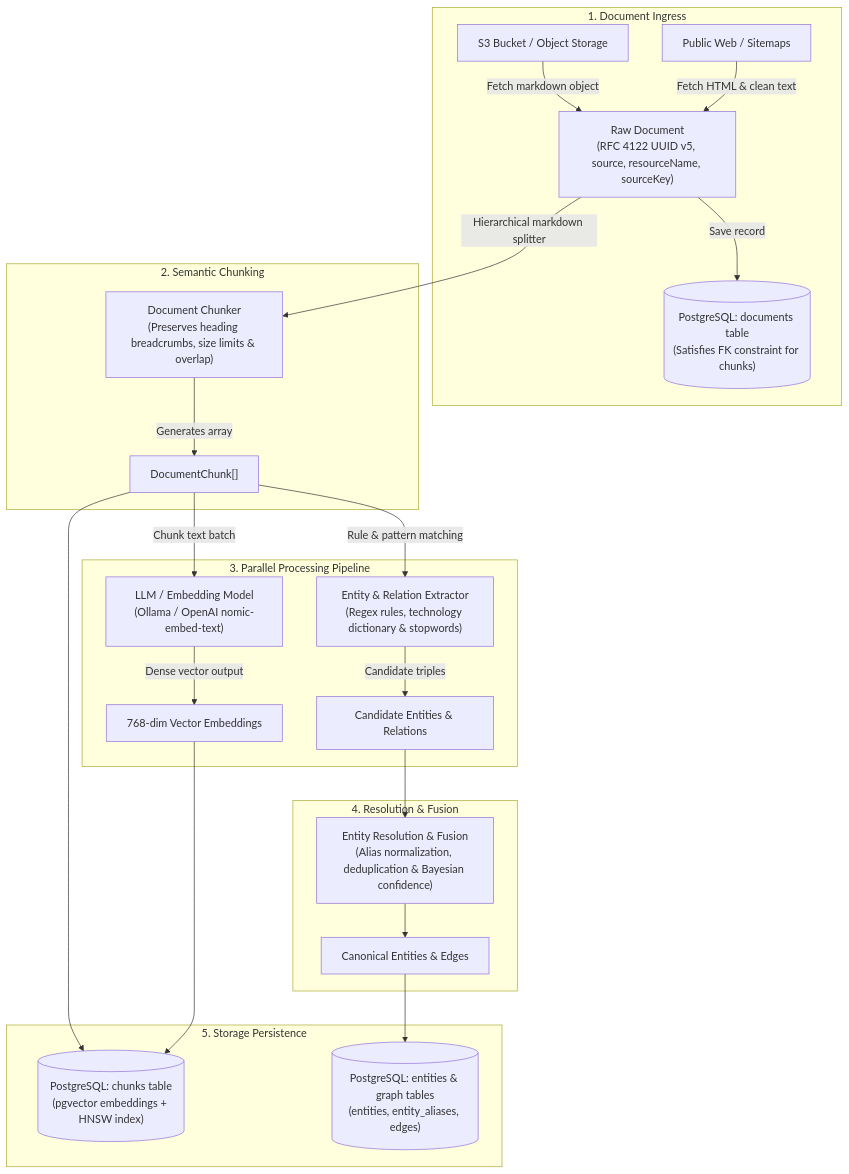
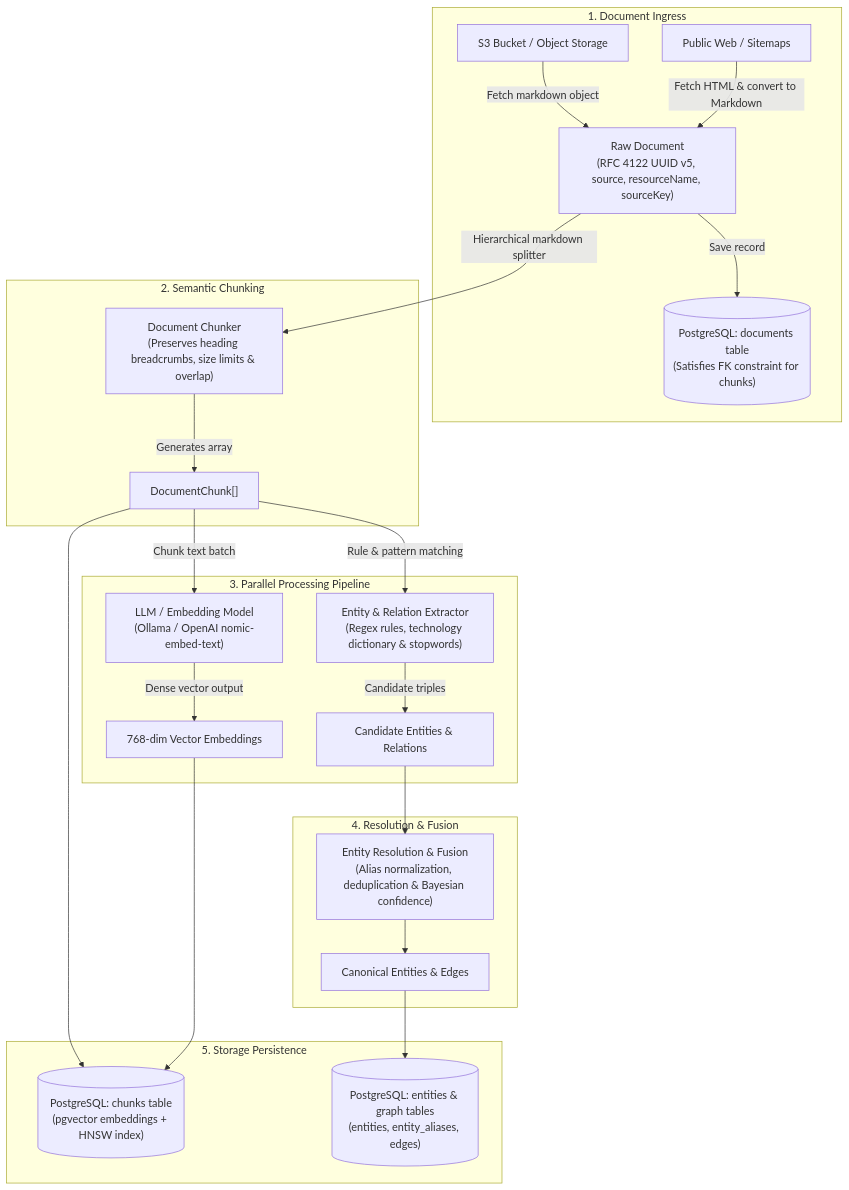
One commit to justcoon/golem-kgs-effect changed the second of 2 diagrams in README.md. Above: the diagram before and after it, drawn with Mermaid. The commit also changed other lines of this file and 26 other files, not shown here.

````diff
--- a/README.md
+++ b/README.md
@@ -72,32 +72,32 @@
 ```mermaid
 flowchart TD
     subgraph Ingress["1. Document Ingress"]
         S3["S3 Bucket / Object Storage"] -->|"Fetch markdown object"| RawDoc["Raw Document<br/>(RFC 4122 UUID v5, source, resourceName, sourceKey)"]
-        Web["Public Web / Sitemaps"] -->|"Fetch HTML & clean text"| RawDoc
+        Web["Public Web / Sitemaps"] -->|"Fetch HTML & convert to Markdown"| RawDoc
         RawDoc -->|"Save record"| DocDB[("PostgreSQL: documents table<br/>(Satisfies FK constraint for chunks)")]
     end
 
     subgraph Chunking["2. Semantic Chunking"]
         RawDoc -->|"Hierarchical markdown splitter"| Chunker["Document Chunker<br/>(Preserves heading breadcrumbs, size limits & overlap)"]
         Chunker -->|"Generates array"| Chunks["DocumentChunk[]"]
     end
 
     subgraph Processing["3. Parallel Processing Pipeline"]
         Chunks -->|"Chunk text batch"| LLM["LLM / Embedding Model<br/>(Ollama / OpenAI nomic-embed-text)"]
         LLM -->|"Dense vector output"| Vectors["768-dim Vector Embeddings"]
 
         Chunks -->|"Rule & pattern matching"| Extractor["Entity & Relation Extractor<br/>(Regex rules, technology dictionary & stopwords)"]
         Extractor -->|"Candidate triples"| Triples["Candidate Entities & Relations"]
     end
 
     subgraph Resolution["4. Resolution & Fusion"]
         Triples --> Fusion["Entity Resolution & Fusion<br/>(Alias normalization, deduplication & Bayesian confidence)"]
         Fusion --> CanonicalGraph["Canonical Entities & Edges"]
     end
 
     subgraph Persistence["5. Storage Persistence"]
         Chunks --> ChunkDB[("PostgreSQL: chunks table<br/>(pgvector embeddings + HNSW index)")]
         Vectors --> ChunkDB
         CanonicalGraph --> GraphDB[("PostgreSQL: entities & graph tables<br/>(entities, entity_aliases, edges)")]
     end
 ```
````
